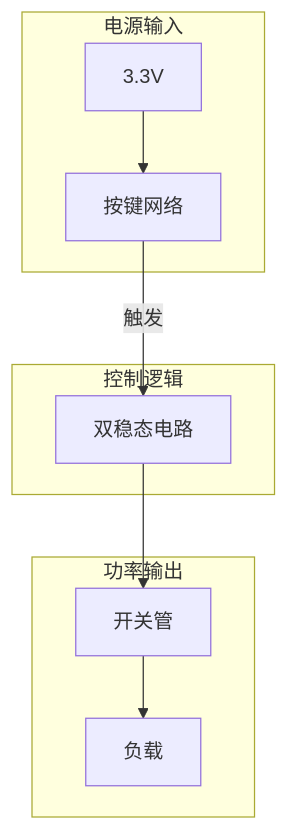
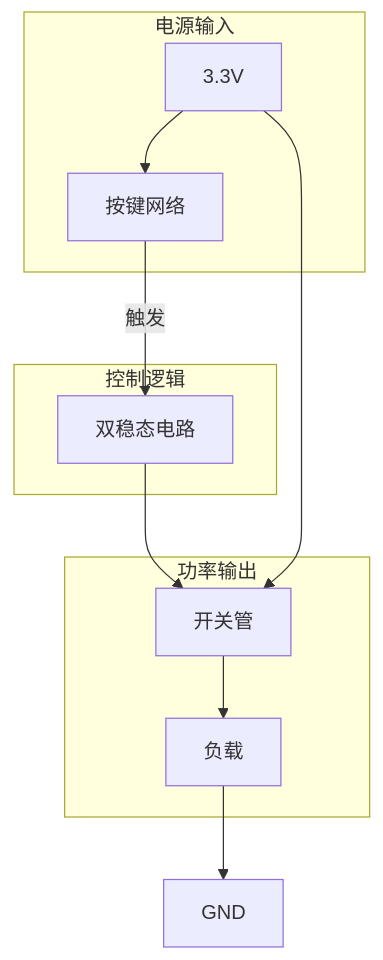
The first of 3 diagrams in _posts/2025-05-10-mosfet-switch-circuit.md (imaxu/imaxu.github.io), drawn with Mermaid before and after one commit. The commit also changed other lines of this file and 1 other file, not shown here.

````diff
--- a/_posts/2025-05-10-mosfet-switch-circuit.md
+++ b/_posts/2025-05-10-mosfet-switch-circuit.md
@@ -24,13 +25,19 @@
 ```mermaid
 graph TB
     subgraph 电源输入
         VCC[3.3V] --> SW[按键网络]
     end
+
     subgraph 控制逻辑
         SW -->|触发| LOGIC[双稳态电路]
     end
+
     subgraph 功率输出
         LOGIC --> MOSFET[开关管]
         MOSFET --> LOAD[负载]
     end
+
+    %% 连接电源到负载（如果需要）
+    VCC --> MOSFET
+    LOAD --> GND[GND]
 ```
````
